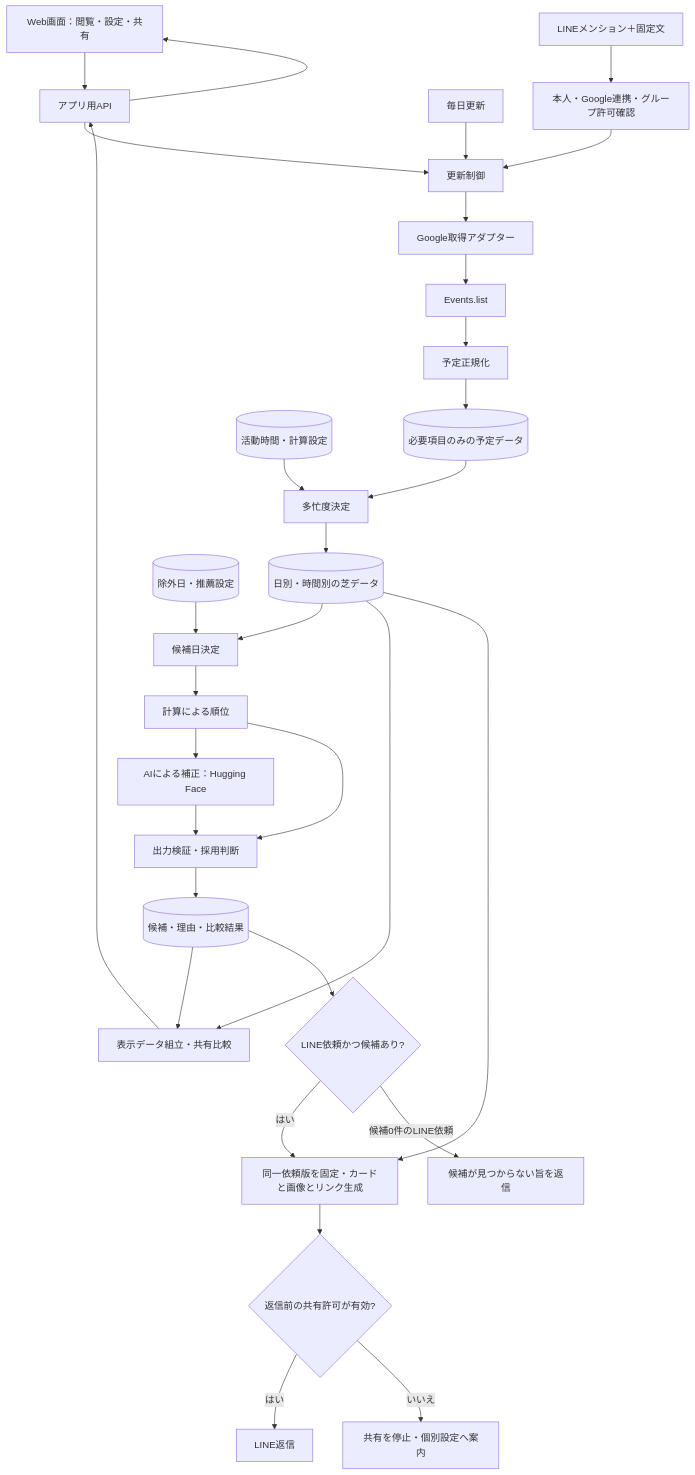
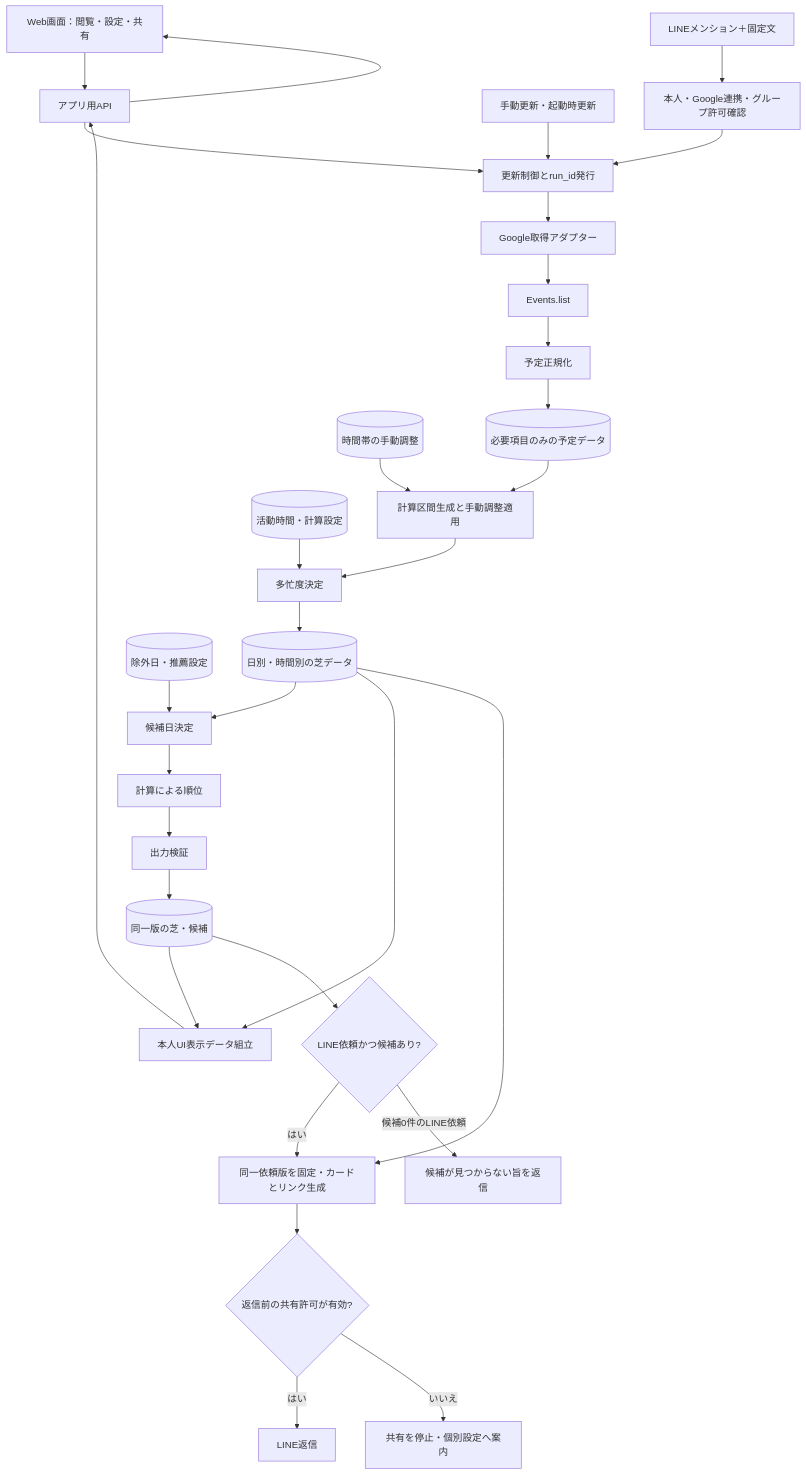
One commit to jphacks/sd_2602 changed the diagram in docs/schedule-internal-flow.md. Above: the diagram before and after it, drawn with Mermaid. The commit also changed other lines of this file and 34 other files, not shown here.

````diff
--- a/docs/schedule-internal-flow.md
+++ b/docs/schedule-internal-flow.md
@@ -10,33 +10,33 @@
 ```mermaid
 flowchart TD
   W[Web画面：閲覧・設定・共有] --> A[アプリ用API]
-  T[毎日更新] --> O[更新制御]
+  T[手動更新・起動時更新] --> O[更新制御とrun_id発行]
   A --> O
   O --> G[Google取得アダプター]
   G --> E[Events.list]
   E --> N[予定正規化]
   N --> P[(必要項目のみの予定データ)]
-  P --> B[多忙度決定]
+  P --> ADJ[計算区間生成と手動調整適用]
+  EDIT[(時間帯の手動調整)] --> ADJ
+  ADJ --> B[多忙度決定]
   S[(活動時間・計算設定)] --> B
   B --> H[(日別・時間別の芝データ)]
   H --> R[候補日決定]
   X[(除外日・推薦設定)] --> R
   R --> C[計算による順位]
-  C --> AI[AIによる補正：Hugging Face]
-  C --> V[出力検証・採用判断]
-  AI --> V
-  V --> Q[(候補・理由・比較結果)]
-  H --> U[表示データ組立・共有比較]
+  C --> V[出力検証]
+  V --> Q[(同一版の芝・候補)]
+  H --> U[本人UI表示データ組立]
   Q --> U
   U --> A
   A --> W
   L[LINEメンション＋固定文] --> M[本人・Google連携・グループ許可確認]
   M --> O
   Q --> J{LINE依頼かつ候補あり?}
-  J -- はい --> D[同一依頼版を固定・カードと画像とリンク生成]
+  J -- はい --> D[同一依頼版を固定・カードとリンク生成]
   J -- 候補0件のLINE依頼 --> Y[候補が見つからない旨を返信]
   H --> D
   D --> Z{返信前の共有許可が有効?}
   Z -- はい --> SEND[LINE返信]
   Z -- いいえ --> STOP[共有を停止・個別設定へ案内]
 ```
````
